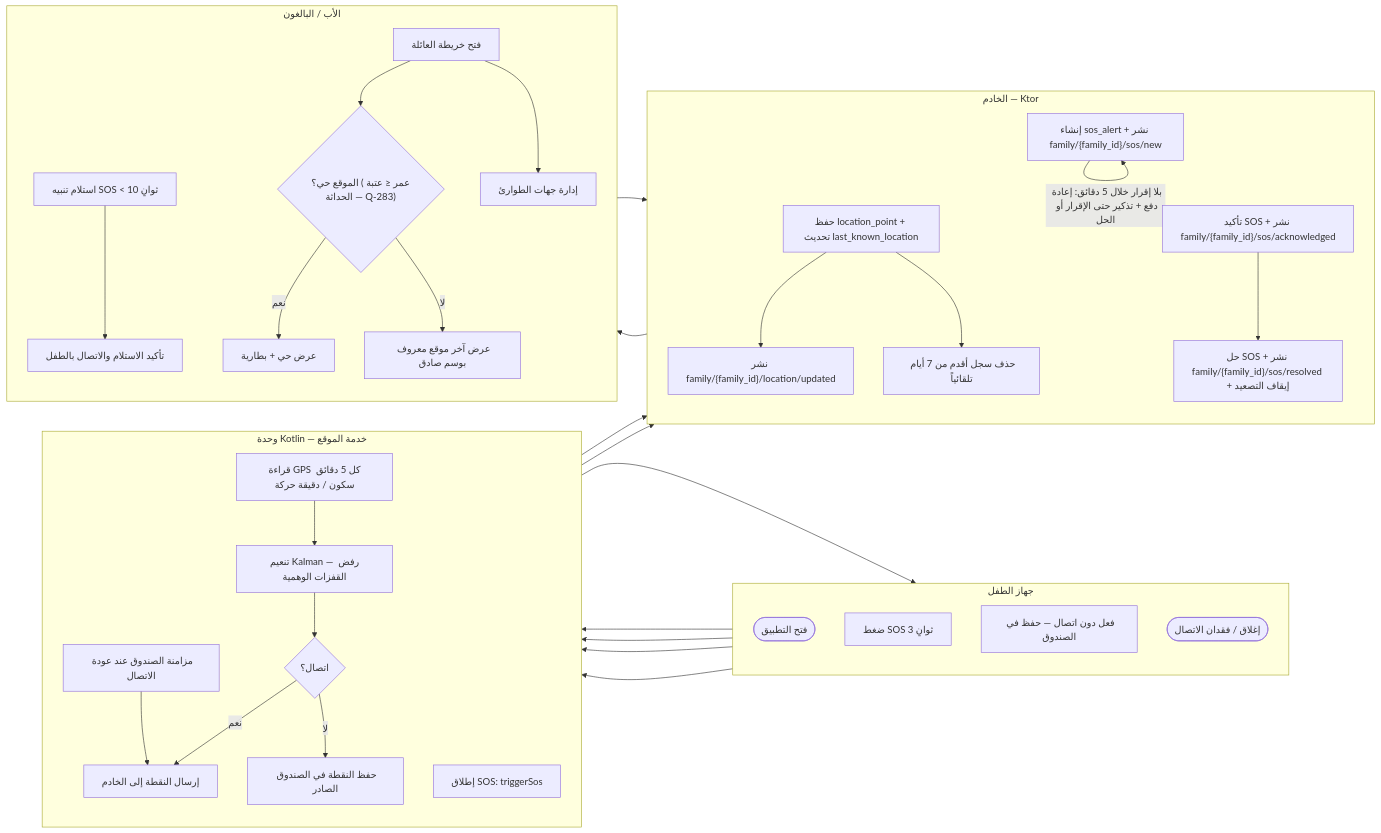
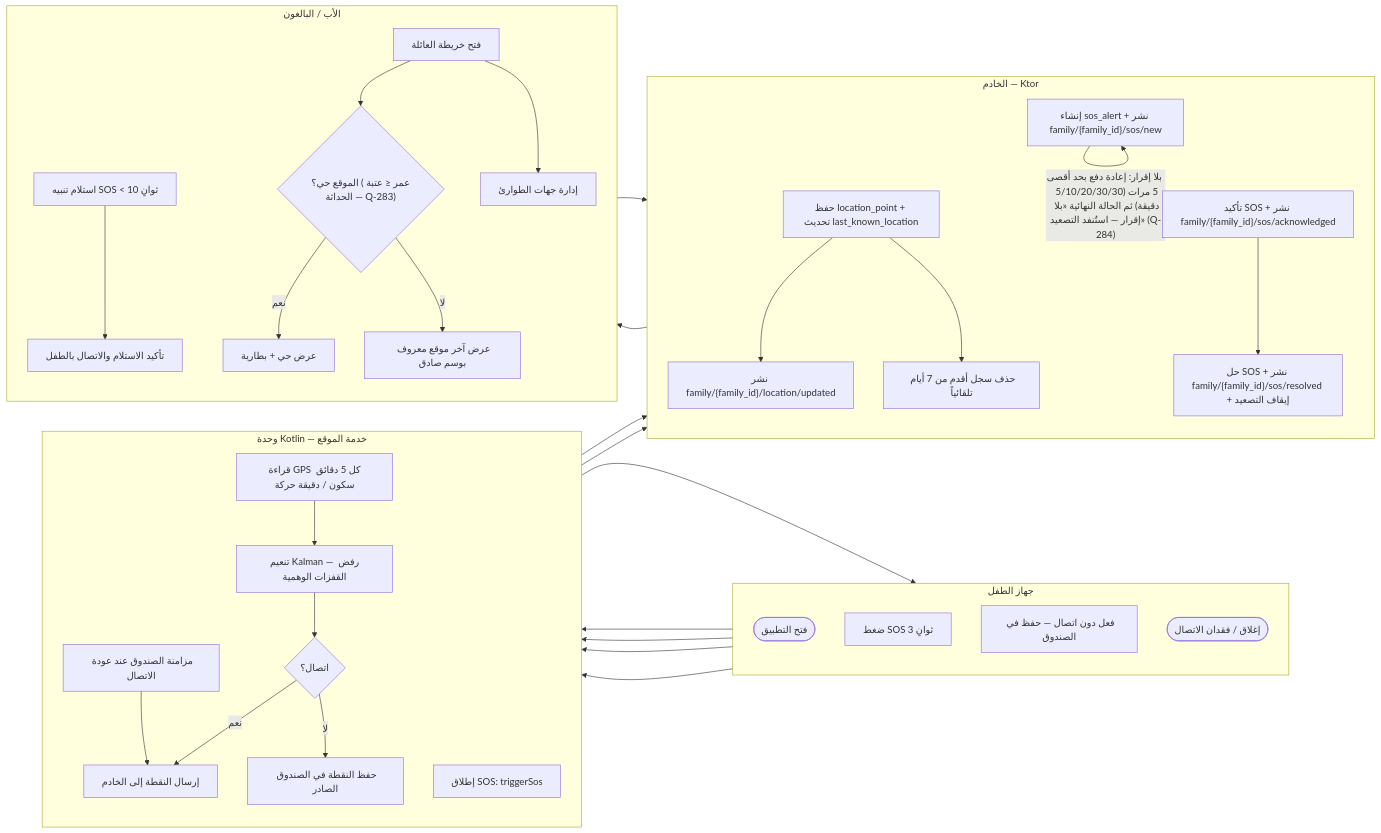
Before and after one commit to Bassam-mohammed-alqaeadi/family-os-v2: diagram 13 of 13 in docs/family-os/governance/phases/phase-1/S1-07-location-basic/DIAGRAMS.md, drawn with Mermaid. The commit also changed other lines of this file and 1 other file, not shown here.

Commit message:
R2-S107-09 (Q-284): سقف تصعيد SOS — 5 دفعات إعادة كحد أقصى بتراجع (5/10/20/30/30 دقيقة) ثم الحالة النهائية «بلا إقرار — استُنفد التصعيد» الظاهرة في LO-06 مع SMS للأب

````diff
--- a/docs/family-os/governance/phases/phase-1/S1-07-location-basic/DIAGRAMS.md
+++ b/docs/family-os/governance/phases/phase-1/S1-07-location-basic/DIAGRAMS.md
@@ -510,63 +515,63 @@
 ```mermaid
 flowchart LR
     subgraph Device [جهاز الطفل]
         direction TB
         U1([فتح التطبيق])
         U2[ضغط SOS 3 ثوانٍ]
         U3[فعل دون اتصال — حفظ في الصندوق]
         U4([إغلاق / فقدان الاتصال])
     end
     subgraph Kotlin [وحدة Kotlin — خدمة الموقع]
         direction TB
         K1[قراءة GPS كل 5 دقائق سكون / دقيقة حركة]
         K2[تنعيم Kalman — رفض القفزات الوهمية]
         K3{اتصال؟}
         K4[إرسال النقطة إلى الخادم]
         K5[حفظ النقطة في الصندوق الصادر]
         K6[مزامنة الصندوق عند عودة الاتصال]
         K7[إطلاق SOS: triggerSos]
     end
     subgraph Server [الخادم — Ktor]
         direction TB
         V1[حفظ location_point + تحديث last_known_location]
         V2["نشر family/{family_id}/location/updated"]
         V3["إنشاء sos_alert + نشر family/{family_id}/sos/new"]
         V4[حذف سجل أقدم من 7 أيام تلقائياً]
         V5["تأكيد SOS + نشر family/{family_id}/sos/acknowledged"]
         V6["حل SOS + نشر family/{family_id}/sos/resolved + إيقاف التصعيد"]
     end
     subgraph Parent [الأب / البالغون]
         direction TB
         F1[فتح خريطة العائلة]
         F2{"الموقع حي؟ (عمر ≤ عتبة الحداثة — Q-283)"}
         F3[عرض حي + بطارية]
         F4[عرض آخر موقع معروف بوسم صادق]
         F5[استلام تنبيه SOS < 10 ثوانٍ]
         F6[تأكيد الاستلام والاتصال بالطفل]
         F7[إدارة جهات الطوارئ]
     end
 
     U1 --> K1
     K1 --> K2
     K2 --> K3
     K3 -->|نعم| K4
     K3 -->|لا| K5
     K4 --> V1
     V1 --> V2
     K5 --> U3
     U3 --> K6
     K6 --> K4
     V1 --> V4
     U2 --> K7
     K7 --> V3
     V3 --> F5
-    V3 -->|بلا إقرار خلال 5 دقائق: إعادة دفع + تذكير حتى الإقرار أو الحل| V3
+    V3 -->|"بلا إقرار: إعادة دفع بحد أقصى 5 مرات (5/10/20/30/30 دقيقة) ثم الحالة النهائية «بلا إقرار — استُنفد التصعيد» (Q-284)"| V3
     F5 --> F6
     F6 --> V5
     V5 --> V6
     F1 --> F2
     F2 -->|نعم| F3
     F2 -->|لا| F4
     F1 --> F7
     U4 --> K5
 ```
````
